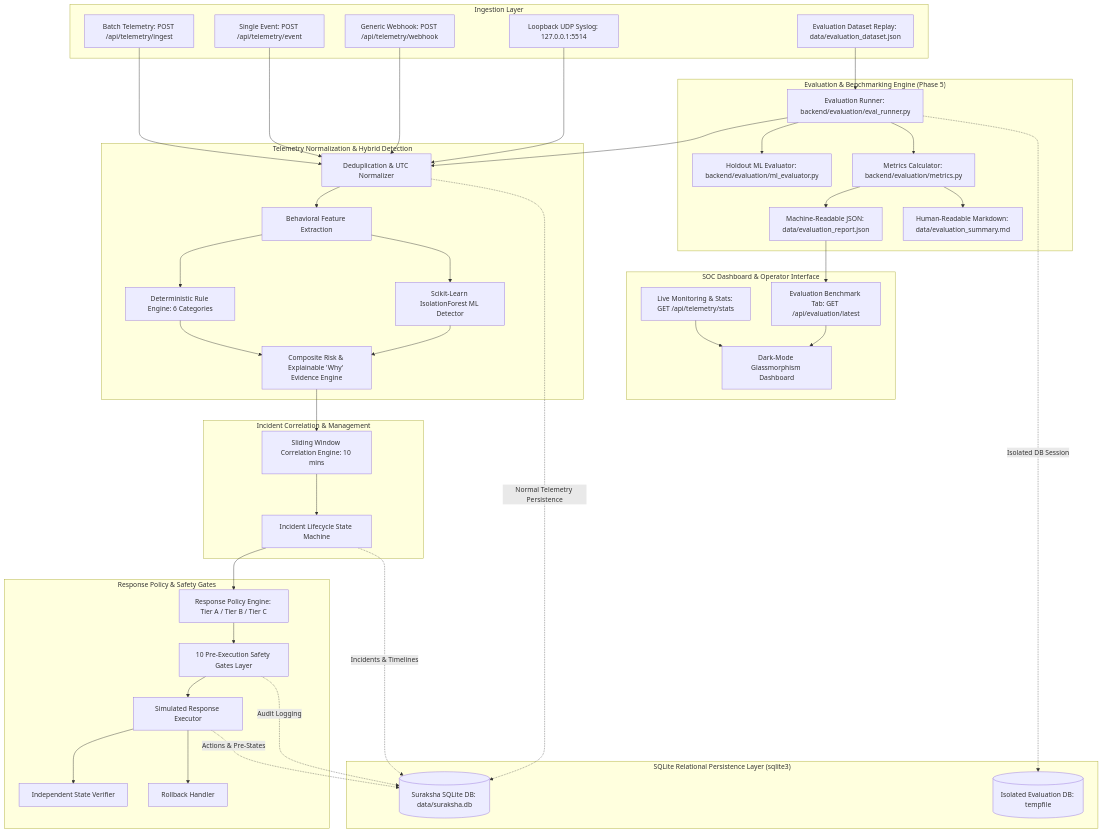
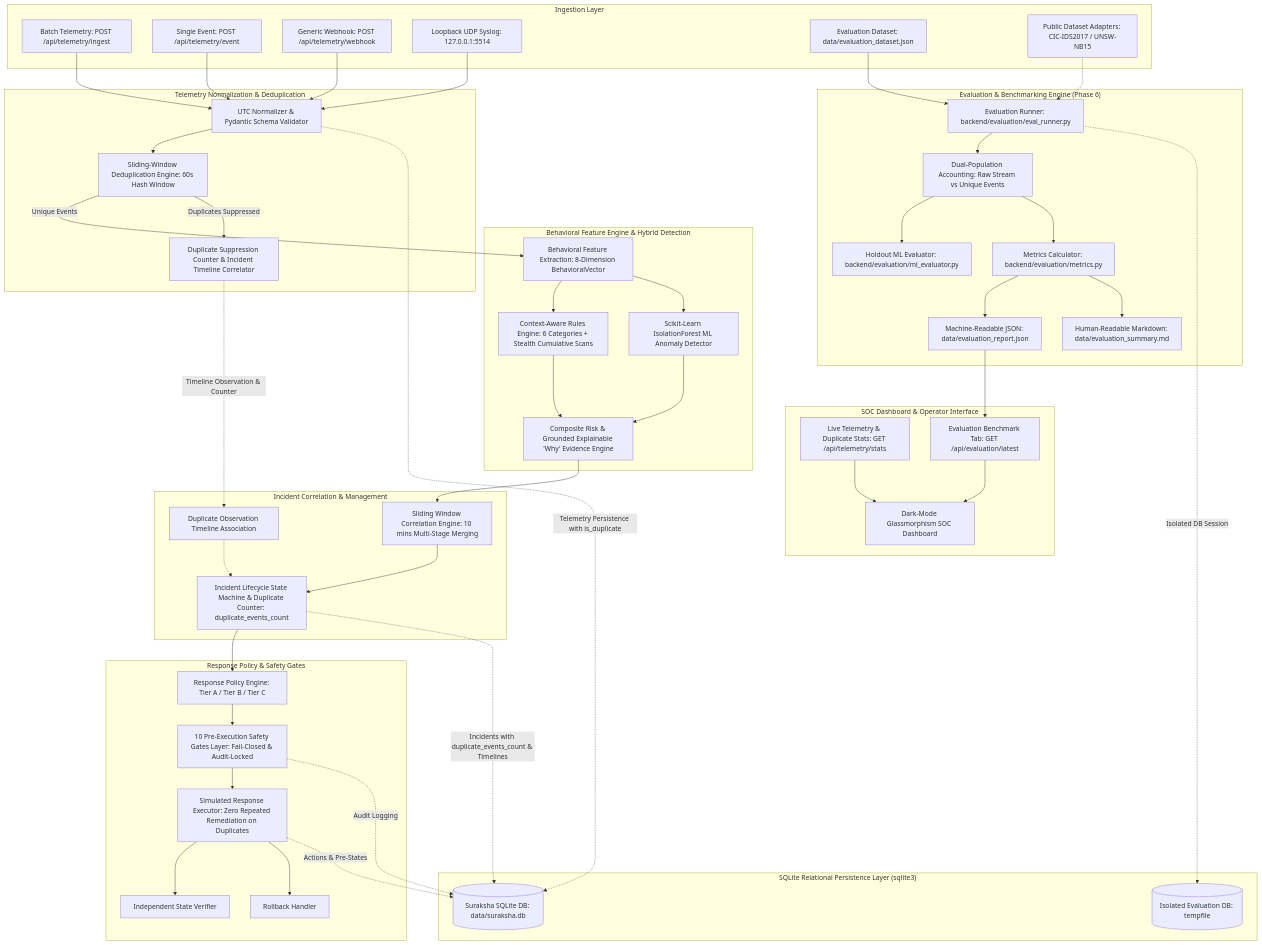
Before and after one commit to nakshatrameena6-cell/Cyber-threat-detection: the diagram in docs/ARCHITECTURE.md, drawn with Mermaid. The commit also changed other lines of this file and 13 other files, not shown here.

Commit message:
feat: implement core phase 7 modules including incident correlation, evaluation runner, and metrics tracking

````diff
--- a/docs/ARCHITECTURE.md
+++ b/docs/ARCHITECTURE.md
@@ -11,36 +12,44 @@
         A2[Single Event: POST /api/telemetry/event]
         A3[Generic Webhook: POST /api/telemetry/webhook]
         A4[Loopback UDP Syslog: 127.0.0.1:5514]
-        A5[Evaluation Dataset Replay: data/evaluation_dataset.json]
+        A5[Evaluation Dataset: data/evaluation_dataset.json]
+        A6[Public Dataset Adapters: CIC-IDS2017 / UNSW-NB15]
     end
 
-    subgraph Processing["Telemetry Normalization & Hybrid Detection"]
-        B[Deduplication & UTC Normalizer]
-        C[Behavioral Feature Extraction]
-        D1[Deterministic Rule Engine: 6 Categories]
-        D2[Scikit-Learn IsolationForest ML Detector]
-        E[Composite Risk & Explainable 'Why' Evidence Engine]
+    subgraph Processing["Telemetry Normalization & Deduplication"]
+        B1[UTC Normalizer & Pydantic Schema Validator]
+        B2[Sliding-Window Deduplication Engine: 60s Hash Window]
+        B3[Duplicate Suppression Counter & Incident Timeline Correlator]
+    end
+
+    subgraph Detection["Behavioral Feature Engine & Hybrid Detection"]
+        C[Behavioral Feature Extraction: 8-Dimension BehavioralVector]
+        D1[Context-Aware Rules Engine: 6 Categories + Stealth Cumulative Scans]
+        D2[Scikit-Learn IsolationForest ML Anomaly Detector]
+        E[Composite Risk & Grounded Explainable 'Why' Evidence Engine]
     end
 
     subgraph Correlation["Incident Correlation & Management"]
-        F[Sliding Window Correlation Engine: 10 mins]
-        G[Incident Lifecycle State Machine]
+        F[Sliding Window Correlation Engine: 10 mins Multi-Stage Merging]
+        F2[Duplicate Observation Timeline Association]
+        G[Incident Lifecycle State Machine & Duplicate Counter: duplicate_events_count]
     end
 
     subgraph Response["Response Policy & Safety Gates"]
         H[Response Policy Engine: Tier A / Tier B / Tier C]
-        I[10 Pre-Execution Safety Gates Layer]
-        J[Simulated Response Executor]
+        I[10 Pre-Execution Safety Gates Layer: Fail-Closed & Audit-Locked]
+        J[Simulated Response Executor: Zero Repeated Remediation on Duplicates]
         K[Independent State Verifier]
         L[Rollback Handler]
     end
 
-    subgraph Evaluation["Evaluation & Benchmarking Engine (Phase 5)"]
+    subgraph Evaluation["Evaluation & Benchmarking Engine (Phase 6)"]
         Q1[Evaluation Runner: backend/evaluation/eval_runner.py]
-        Q2[Holdout ML Evaluator: backend/evaluation/ml_evaluator.py]
-        Q3[Metrics Calculator: backend/evaluation/metrics.py]
-        Q4[Machine-Readable JSON: data/evaluation_report.json]
-        Q5[Human-Readable Markdown: data/evaluation_summary.md]
+        Q2[Dual-Population Accounting: Raw Stream vs Unique Events]
+        Q3[Holdout ML Evaluator: backend/evaluation/ml_evaluator.py]
+        Q4[Metrics Calculator: backend/evaluation/metrics.py]
+        Q5[Machine-Readable JSON: data/evaluation_report.json]
+        Q6[Human-Readable Markdown: data/evaluation_summary.md]
     end
 
     subgraph Persistence["SQLite Relational Persistence Layer (sqlite3)"]
@@ -49,19 +58,24 @@
     end
 
     subgraph Presentation["SOC Dashboard & Operator Interface"]
-        N[Dark-Mode Glassmorphism Dashboard]
-        O[Live Monitoring & Stats: GET /api/telemetry/stats]
+        N[Dark-Mode Glassmorphism SOC Dashboard]
+        O[Live Telemetry & Duplicate Stats: GET /api/telemetry/stats]
         P[Evaluation Benchmark Tab: GET /api/evaluation/latest]
     end
 
-    A1 --> B
-    A2 --> B
-    A3 --> B
-    A4 --> B
+    A1 --> B1
+    A2 --> B1
+    A3 --> B1
+    A4 --> B1
     A5 --> Q1
+    A6 -.-> Q1
     
-    Q1 --> B
-    B --> C
+    B1 --> B2
+    B2 -->|Unique Events| C
+    B2 -->|Duplicates Suppressed| B3
+    B3 -.->|Timeline Observation & Counter| F2
+    F2 -.-> G
+    
     C --> D1
     C --> D2
     D1 --> E
@@ -75,17 +89,18 @@
     J --> L
 
     Q1 --> Q2
-    Q1 --> Q3
-    Q3 --> Q4
-    Q3 --> Q5
+    Q2 --> Q3
+    Q2 --> Q4
+    Q4 --> Q5
+    Q4 --> Q6
     Q1 -.->|Isolated DB Session| M_TEMP
     
-    B -.->|Normal Telemetry Persistence| M
-    G -.->|Incidents & Timelines| M
+    B1 -.->|Telemetry Persistence with is_duplicate| M
+    G -.->|Incidents with duplicate_events_count & Timelines| M
     J -.->|Actions & Pre-States| M
     I -.->|Audit Logging| M
 
-    Q4 --> P
+    Q5 --> P
     P --> N
     O --> N
 ```
````
